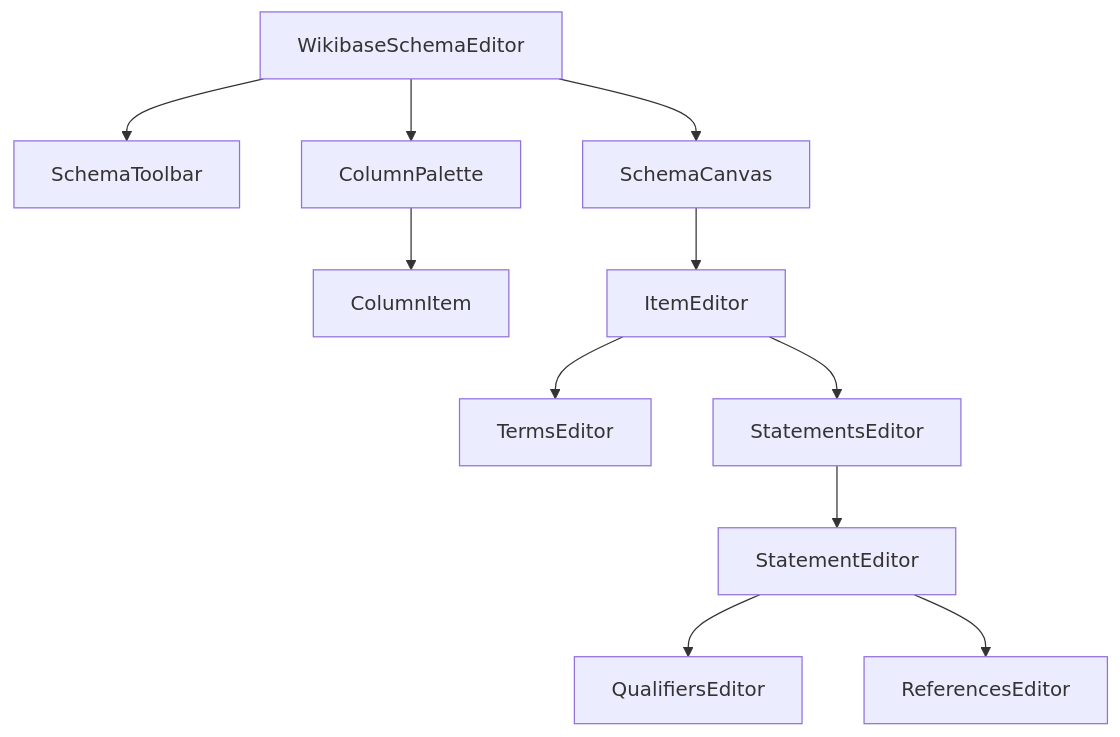
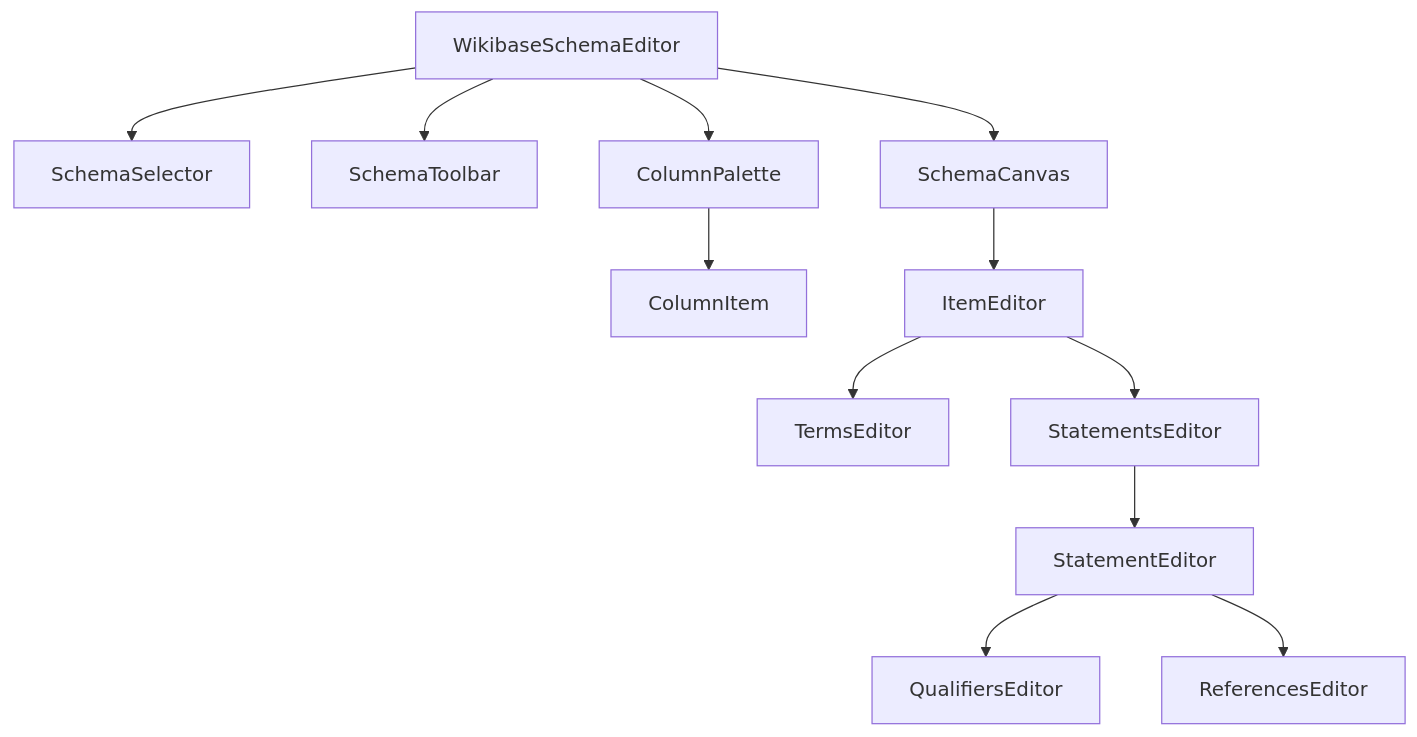
One commit to DaxServer/dataforge changed the second of 2 diagrams in .kiro/specs/wikibase-schema-editor/design.md. Above: the diagram before and after it, drawn with Mermaid. The commit also changed other lines of this file and 2 other files, not shown here.

Commit message:
spec(wikibase-schema-editor): extend spec with schema listing (#111)

````diff
--- a/.kiro/specs/wikibase-schema-editor/design.md
+++ b/.kiro/specs/wikibase-schema-editor/design.md
@@ -27,13 +27,14 @@
 ```mermaid
 graph TD
-    A[WikibaseSchemaEditor] --> B[SchemaToolbar]
-    A --> C[ColumnPalette]
-    C --> C1[ColumnItem]
-    A --> D[SchemaCanvas]
-    D --> E[ItemEditor]
-    E --> F[TermsEditor]
-    E --> G[StatementsEditor]
-    G --> H[StatementEditor]
-    H --> I[QualifiersEditor]
-    H --> J[ReferencesEditor]
+    A[WikibaseSchemaEditor] --> B[SchemaSelector]
+    A --> C[SchemaToolbar]
+    A --> D[ColumnPalette]
+    D --> D1[ColumnItem]
+    A --> E[SchemaCanvas]
+    E --> F[ItemEditor]
+    F --> G[TermsEditor]
+    F --> H[StatementsEditor]
+    H --> I[StatementEditor]
+    I --> J[QualifiersEditor]
+    I --> K[ReferencesEditor]
 ```
````
